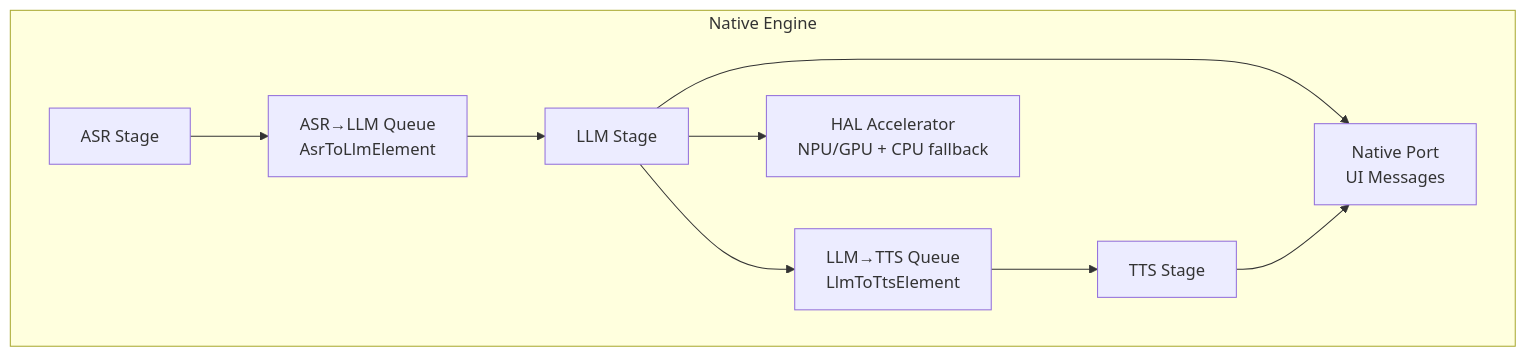
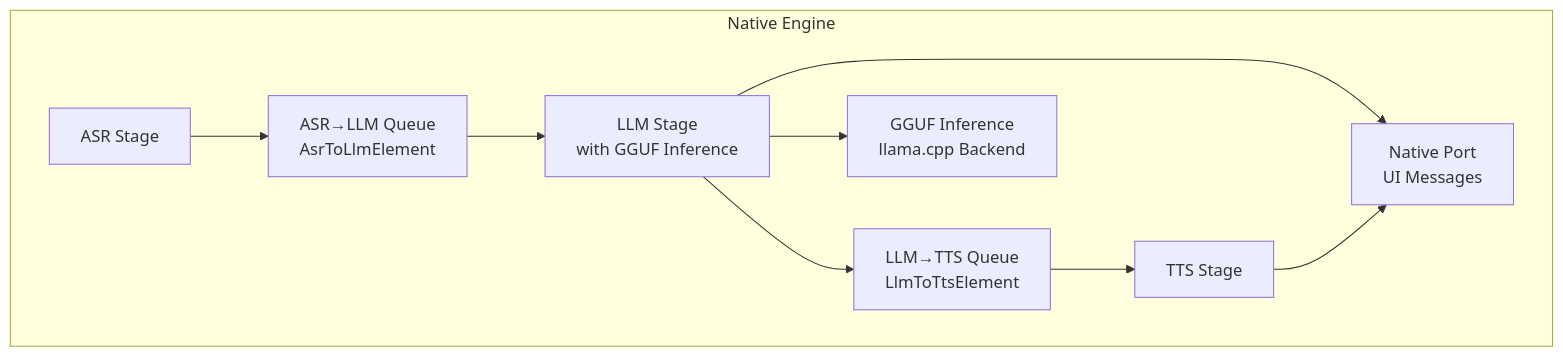
One commit to iMyth/QwenEcho changed the first of 10 diagrams in .qoder/repowiki/en/content/AI Model Processing Stages/LLM Stage - Language Translation.md. Above: the diagram before and after it, drawn with Mermaid. The commit also changed other lines of this file and 129 other files, not shown here.

````diff
--- a/.qoder/repowiki/en/content/AI Model Processing Stages/LLM Stage - Language Translation.md
+++ b/.qoder/repowiki/en/content/AI Model Processing Stages/LLM Stage - Language Translation.md
@@ -34,19 +45,19 @@
 ```mermaid
 graph TB
 subgraph "Native Engine"
 ASR["ASR Stage"]
-LLM["LLM Stage"]
+LLM["LLM Stage<br/>with GGUF Inference"]
 TTS["TTS Stage"]
 Q1["ASR→LLM Queue<br/>AsrToLlmElement"]
 Q2["LLM→TTS Queue<br/>LlmToTtsElement"]
-HAL["HAL Accelerator<br/>NPU/GPU + CPU fallback"]
+GGUF["GGUF Inference<br/>llama.cpp Backend"]
 NP["Native Port<br/>UI Messages"]
 end
 ASR --> Q1
 Q1 --> LLM
 LLM --> Q2
 Q2 --> TTS
-LLM --> HAL
+LLM --> GGUF
 LLM --> NP
 TTS --> NP
 ```
````
